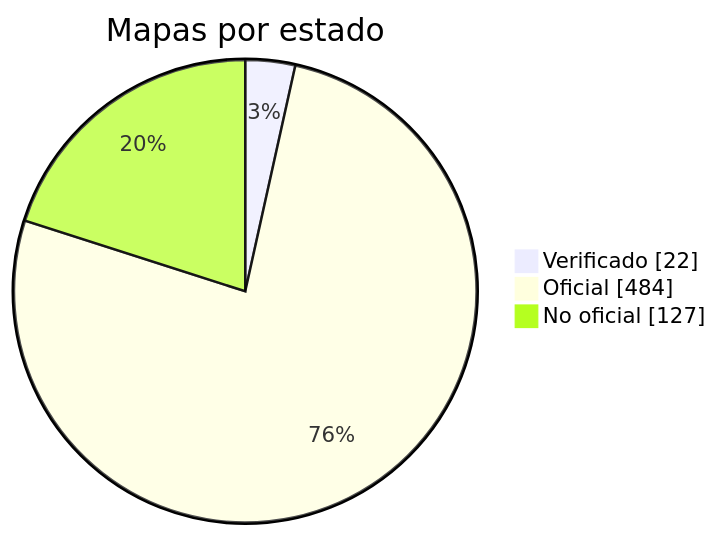
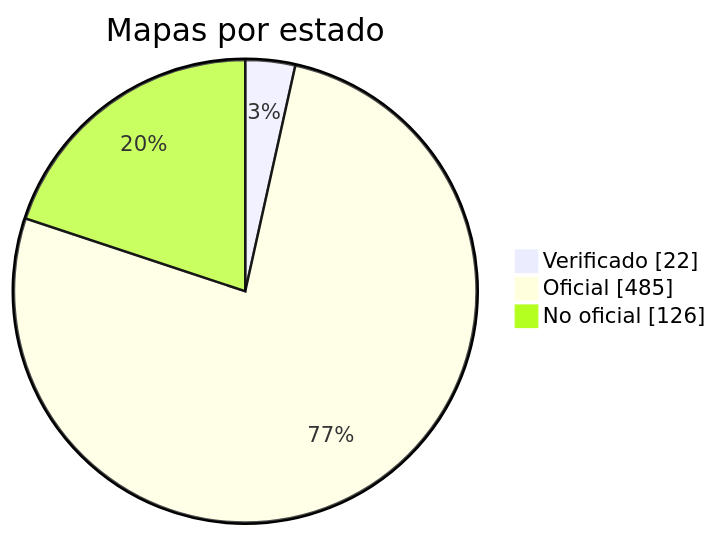
One commit to nobrega8/mbmap-library changed the diagram in docs/readme/README_ES.md. Above: the diagram before and after it, drawn with Mermaid. The commit also changed 6 other files, not shown here.

````diff
--- a/docs/readme/README_ES.md
+++ b/docs/readme/README_ES.md
@@ -54,7 +54,7 @@
 ```mermaid
 pie showData
     title Mapas por estado
     "Verificado" : 22
-    "Oficial" : 484
-    "No oficial" : 127
+    "Oficial" : 485
+    "No oficial" : 126
 ```
````
